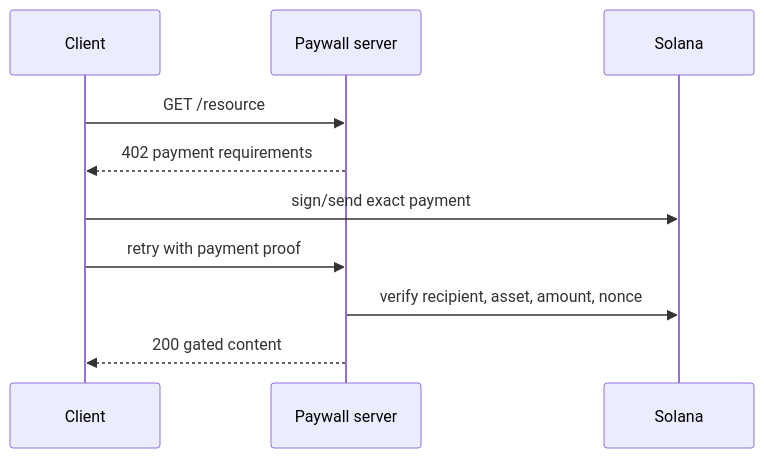
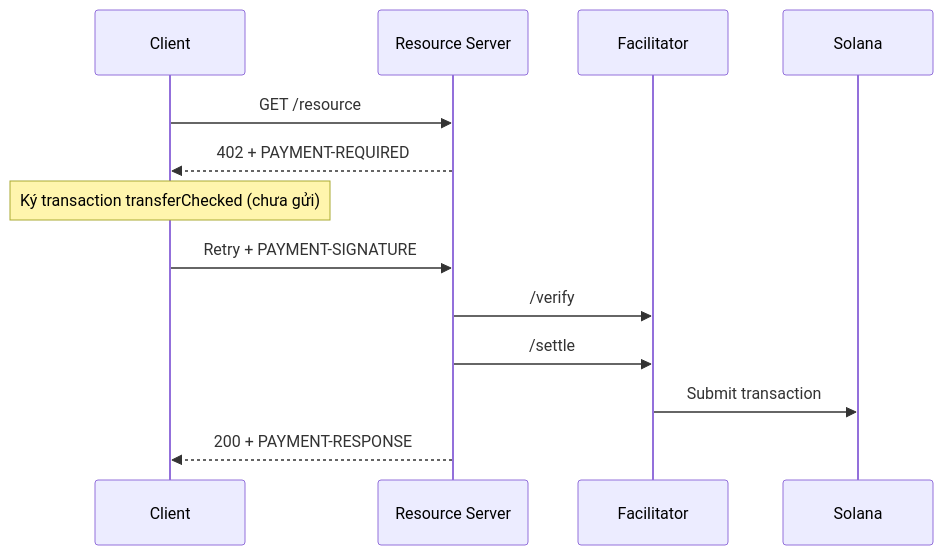
The diagram in notes/x402.md (corelia-academy/solana-bootcamp), drawn with Mermaid before and after one commit. The commit also changed other lines of this file and 29 other files, not shown here.

Commit message:
feat(x402): implement v2 payment flow and runnable client server demos

````diff
--- a/notes/x402.md
+++ b/notes/x402.md
@@ -5,12 +5,15 @@
 ```mermaid
 sequenceDiagram
     participant C as Client
-    participant S as Paywall server
+    participant S as Resource Server
+    participant F as Facilitator
     participant L as Solana
     C->>S: GET /resource
-    S-->>C: 402 payment requirements
-    C->>L: sign/send exact payment
-    C->>S: retry with payment proof
-    S->>L: verify recipient, asset, amount, nonce
-    S-->>C: 200 gated content
+    S-->>C: 402 + PAYMENT-REQUIRED
+    Note over C: Ký transaction transferChecked (chưa gửi)
+    C->>S: Retry + PAYMENT-SIGNATURE
+    S->>F: /verify
+    S->>F: /settle
+    F->>L: Submit transaction
+    S-->>C: 200 + PAYMENT-RESPONSE
 ```
````
